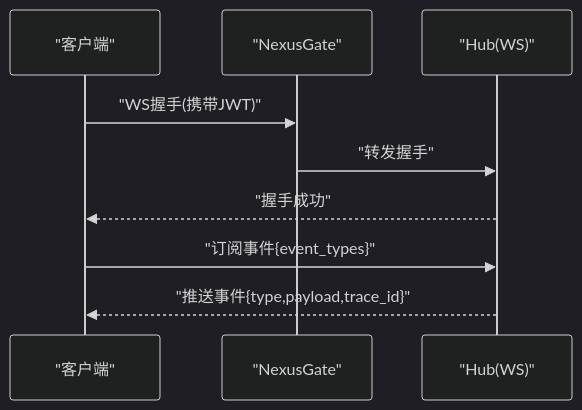
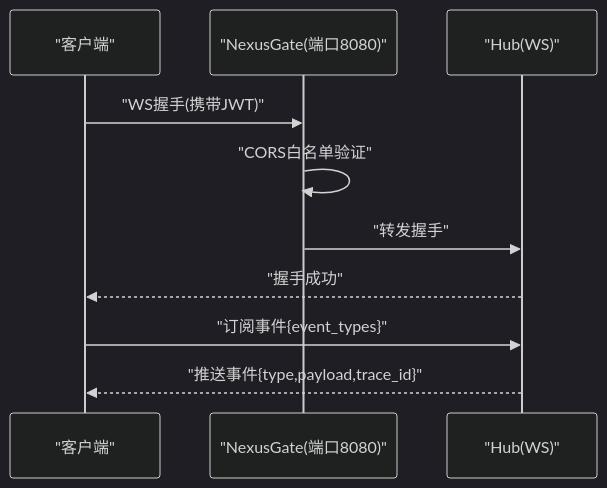
One commit to zmdhdu/NexusCockpit changed the third of 4 diagrams in .qoder/repowiki/zh/content/API接口文档/API接口文档.md. Above: the diagram before and after it, drawn with Mermaid (dark theme). The commit also changed other lines of this file and 23 other files, not shown here.

````diff
--- a/.qoder/repowiki/zh/content/API接口文档/API接口文档.md
+++ b/.qoder/repowiki/zh/content/API接口文档/API接口文档.md
@@ -247,11 +298,12 @@
 ```mermaid
 sequenceDiagram
 participant C as "客户端"
-participant G as "NexusGate"
+participant G as "NexusGate(端口8080)"
 participant H as "Hub(WS)"
 C->>G : "WS握手(携带JWT)"
+G->>G : "CORS白名单验证"
 G->>H : "转发握手"
 H-->>C : "握手成功"
 C->>H : "订阅事件{event_types}"
 H-->>C : "推送事件{type,payload,trace_id}"
 ```
````
